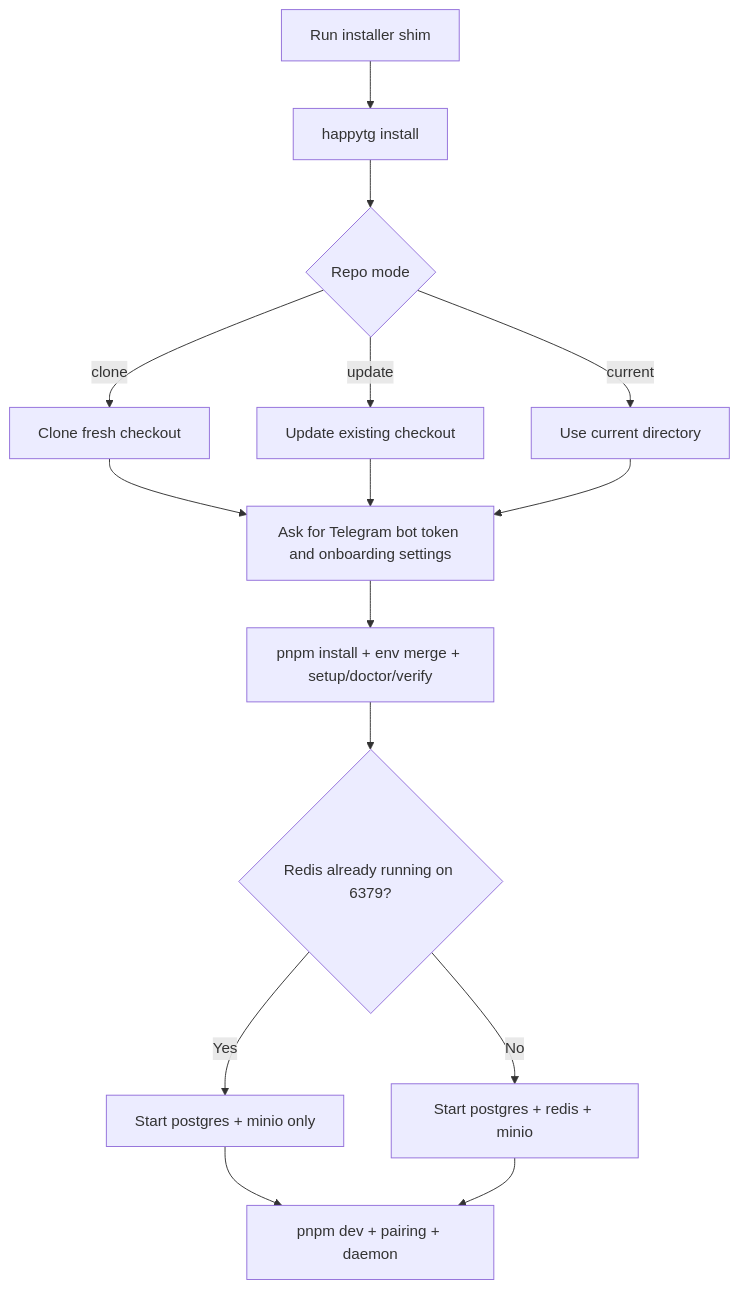
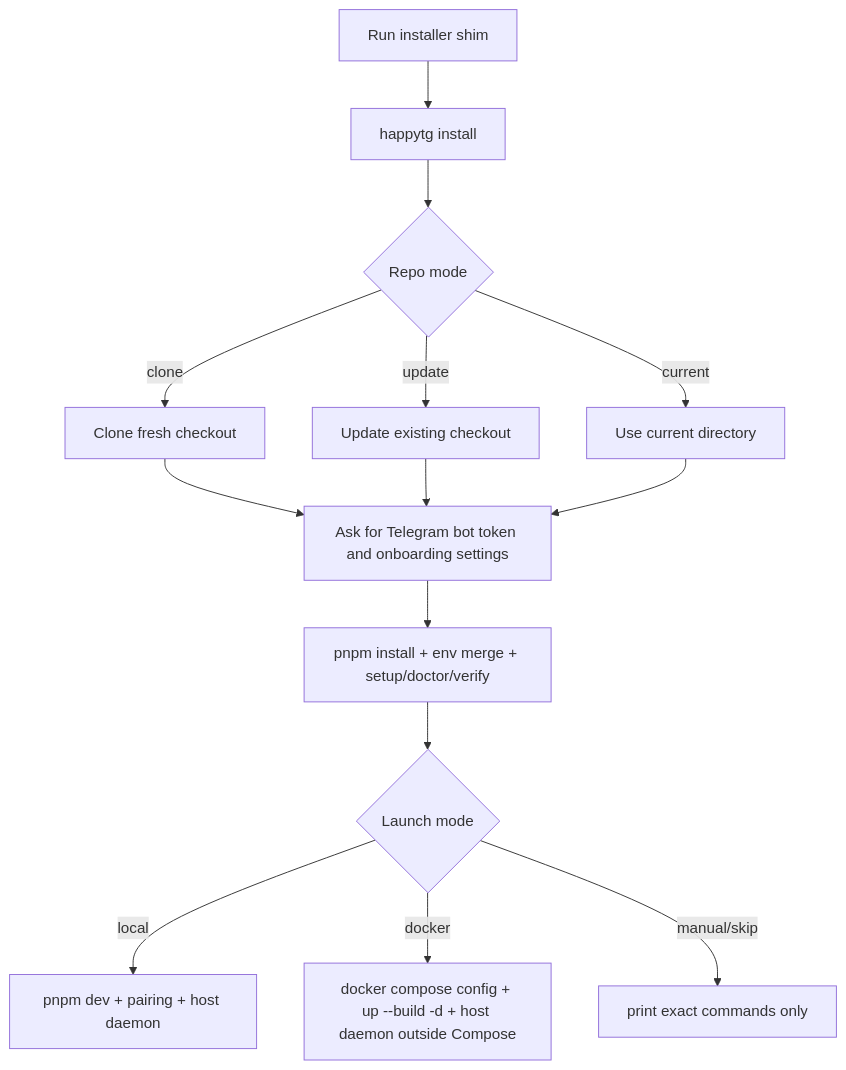
Before and after one commit to GermanMik/HappyTG: the diagram in docs/installation.md, drawn with Mermaid. The commit also changed other lines of this file and 55 other files, not shown here.

Commit message:
feat: add installer docker launch mode (#30)

````diff
--- a/docs/installation.md
+++ b/docs/installation.md
@@ -36,17 +36,16 @@
 ```mermaid
 flowchart TD
     A["Run installer shim"] --> B["happytg install"]
     B --> C{"Repo mode"}
     C -->|clone| D["Clone fresh checkout"]
     C -->|update| E["Update existing checkout"]
     C -->|current| F["Use current directory"]
     D --> G["Ask for Telegram bot token and onboarding settings"]
     E --> G
     F --> G
     G --> H["pnpm install + env merge + setup/doctor/verify"]
-    H --> I{"Redis already running on 6379?"}
-    I -->|Yes| J["Start postgres + minio only"]
-    I -->|No| K["Start postgres + redis + minio"]
-    J --> L["pnpm dev + pairing + daemon"]
-    K --> L
+    H --> I{"Launch mode"}
+    I -->|local| J["pnpm dev + pairing + host daemon"]
+    I -->|docker| K["docker compose config + up --build -d + host daemon outside Compose"]
+    I -->|manual/skip| L["print exact commands only"]
 ```
````
